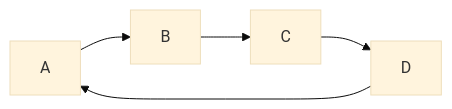
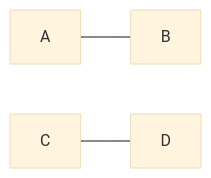
One commit to giacomo1215/UNIPD-Giacomo changed the seventh of 11 diagrams in DatiEAlgoritmi.md. Above: the diagram before and after it, drawn with Mermaid (base theme). The commit also changed other lines of this file and 2 other files, not shown here.

````diff
--- a/DatiEAlgoritmi.md
+++ b/DatiEAlgoritmi.md
@@ -293,7 +424,6 @@
 ```mermaid
 graph LR
-    A --> B
-    B --> C
-    C --> D
-    D --> A
+    A --- B
+    C --- D
+
 ```
````
